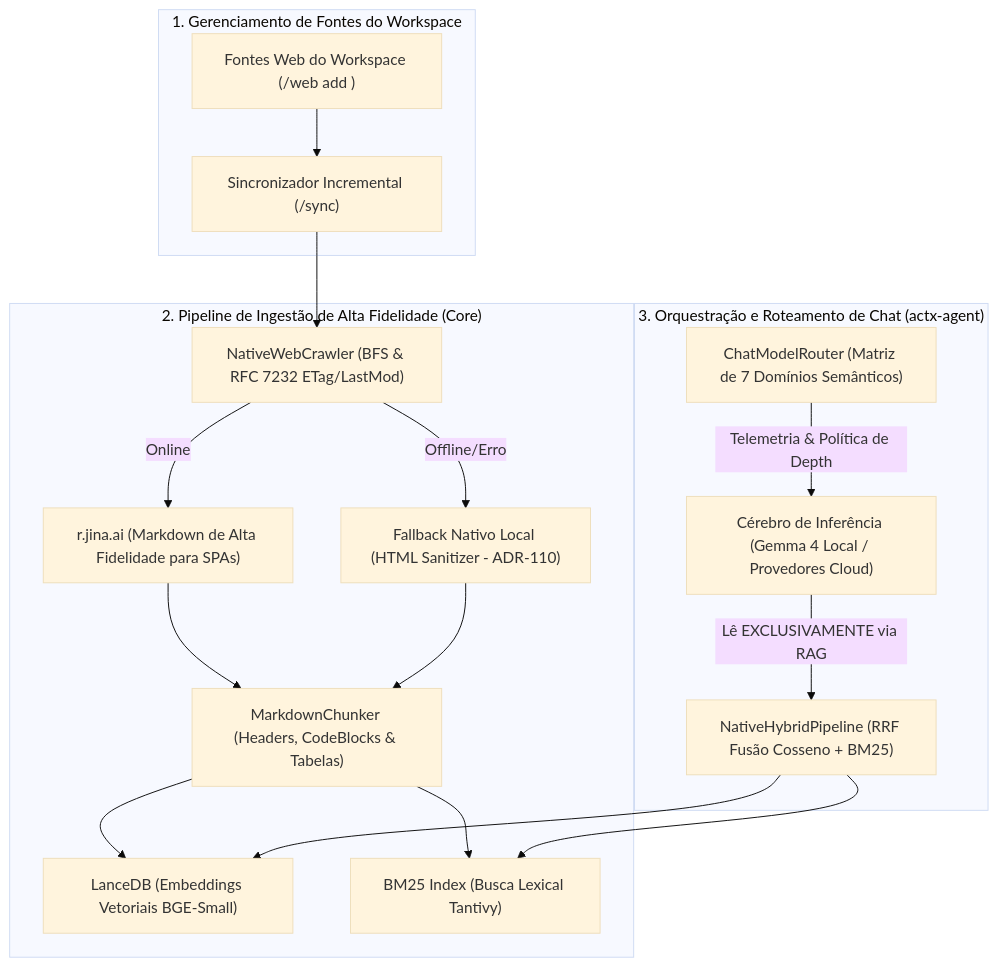
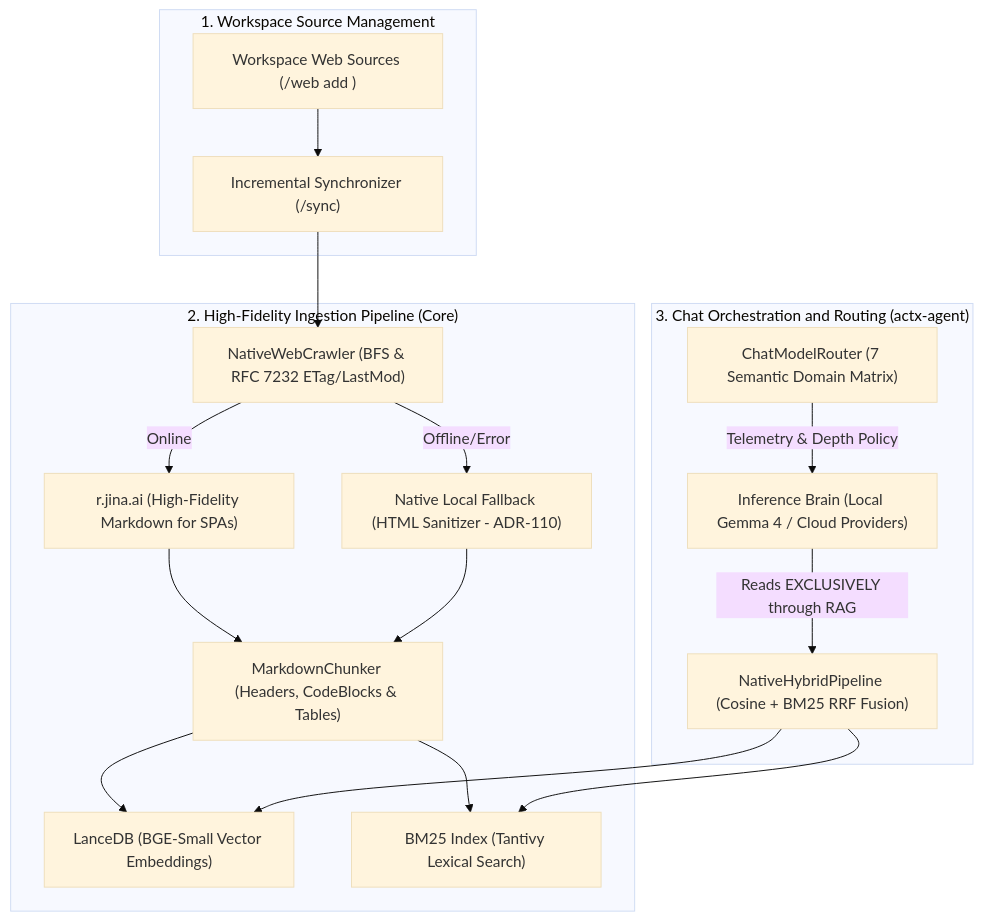
Before and after one commit to Levix-Digital/any-context: the diagram in docs/plans/anycontext_blueprint_v0390_ingestao_web_com_jina_reader_rjinaai_rag_fundamentado_puro_e_matriz_de_7_dominios_semanticos.md, drawn with Mermaid (base theme). The commit also changed other lines of this file, not shown here.

First line of the commit message:
docs(plans): translate the v0.39.0 web ingestion plan to English

````diff
--- a/docs/plans/anycontext_blueprint_v0390_ingestao_web_com_jina_reader_rjinaai_rag_fundamentado_puro_e_matriz_de_7_dominios_semanticos.md
+++ b/docs/plans/anycontext_blueprint_v0390_ingestao_web_com_jina_reader_rjinaai_rag_fundamentado_puro_e_matriz_de_7_dominios_semanticos.md
@@ -85,36 +85,36 @@
 ```mermaid
 graph TD
-    subgraph "1. Gerenciamento de Fontes do Workspace"
-        WS["Fontes Web do Workspace (/web add <url>)"]
-        SYNC["Sincronizador Incremental (/sync)"]
+    subgraph "1. Workspace Source Management"
+        WS["Workspace Web Sources (/web add <url>)"]
+        SYNC["Incremental Synchronizer (/sync)"]
     end
 
-    subgraph "2. Pipeline de Ingestão de Alta Fidelidade (Core)"
+    subgraph "2. High-Fidelity Ingestion Pipeline (Core)"
         CRAWLER["NativeWebCrawler (BFS & RFC 7232 ETag/LastMod)"]
-        JINA["r.jina.ai (Markdown de Alta Fidelidade para SPAs)"]
-        FALLBACK["Fallback Nativo Local (HTML Sanitizer - ADR-110)"]
-        CHUNKER["MarkdownChunker (Headers, CodeBlocks & Tabelas)"]
-        LANCE["LanceDB (Embeddings Vetoriais BGE-Small)"]
-        BM25["BM25 Index (Busca Lexical Tantivy)"]
+        JINA["r.jina.ai (High-Fidelity Markdown for SPAs)"]
+        FALLBACK["Native Local Fallback (HTML Sanitizer - ADR-110)"]
+        CHUNKER["MarkdownChunker (Headers, CodeBlocks & Tables)"]
+        LANCE["LanceDB (BGE-Small Vector Embeddings)"]
+        BM25["BM25 Index (Tantivy Lexical Search)"]
     end
 
-    subgraph "3. Orquestração e Roteamento de Chat (actx-agent)"
-        ROUTER["ChatModelRouter (Matriz de 7 Domínios Semânticos)"]
-        RAG["NativeHybridPipeline (RRF Fusão Cosseno + BM25)"]
-        BRAIN["Cérebro de Inferência (Gemma 4 Local / Provedores Cloud)"]
+    subgraph "3. Chat Orchestration and Routing (actx-agent)"
+        ROUTER["ChatModelRouter (7 Semantic Domain Matrix)"]
+        RAG["NativeHybridPipeline (Cosine + BM25 RRF Fusion)"]
+        BRAIN["Inference Brain (Local Gemma 4 / Cloud Providers)"]
     end
 
     WS --> SYNC
     SYNC --> CRAWLER
     CRAWLER -->|Online| JINA
-    CRAWLER -->|Offline/Erro| FALLBACK
+    CRAWLER -->|Offline/Error| FALLBACK
     JINA --> CHUNKER
     FALLBACK --> CHUNKER
     CHUNKER --> LANCE
     CHUNKER --> BM25
 
-    ROUTER -->|Telemetria & Política de Depth| BRAIN
-    BRAIN -->|Lê EXCLUSIVAMENTE via RAG| RAG
+    ROUTER -->|Telemetry & Depth Policy| BRAIN
+    BRAIN -->|Reads EXCLUSIVELY through RAG| RAG
     RAG --> LANCE
     RAG --> BM25
 ```
````
